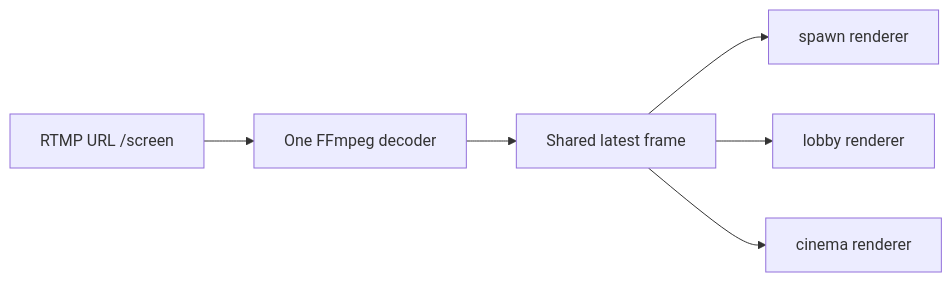
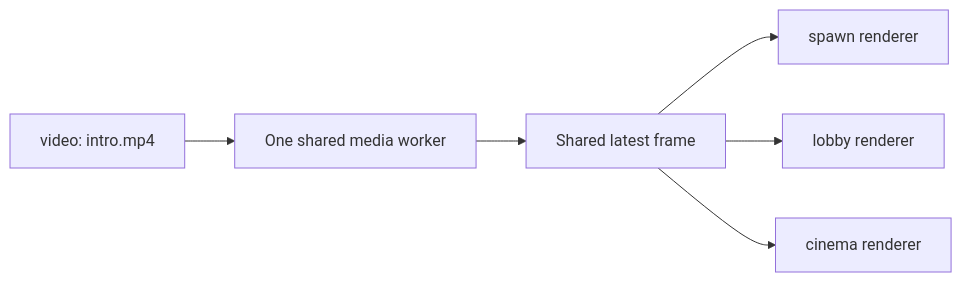
Before and after one commit to unknown-566/LuigiScreen-Wiki: the diagram in screen/multiple-screens.md, drawn with Mermaid. The commit also changed other lines of this file and 14 other files, not shown here.

````diff
--- a/screen/multiple-screens.md
+++ b/screen/multiple-screens.md
@@ -32,8 +33,8 @@
 ```mermaid
 flowchart LR
-    A["RTMP URL /screen"] --> B["One FFmpeg decoder"]
+    A["video: intro.mp4"] --> B["One shared media worker"]
     B --> C["Shared latest frame"]
     C --> D["spawn renderer"]
     C --> E["lobby renderer"]
     C --> F["cinema renderer"]
 ```
````
